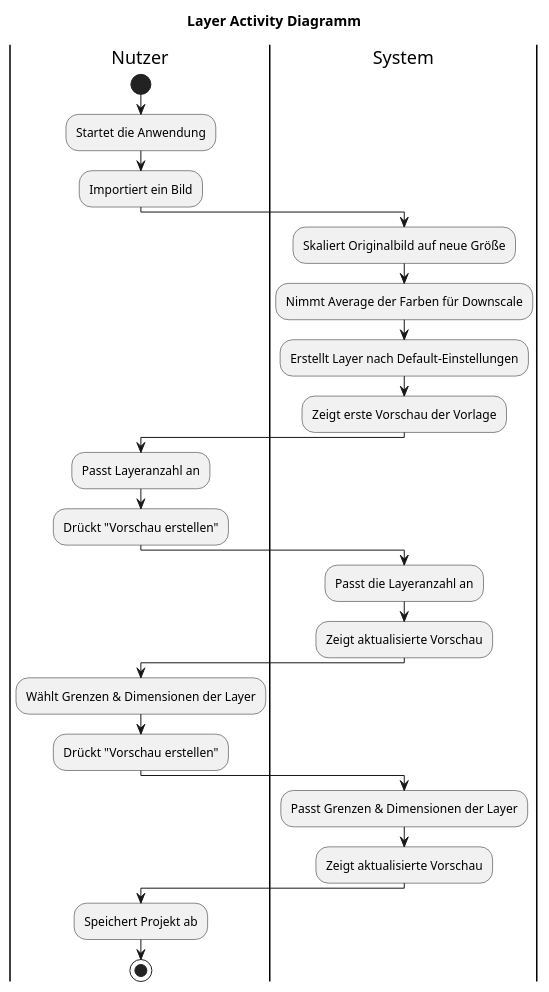
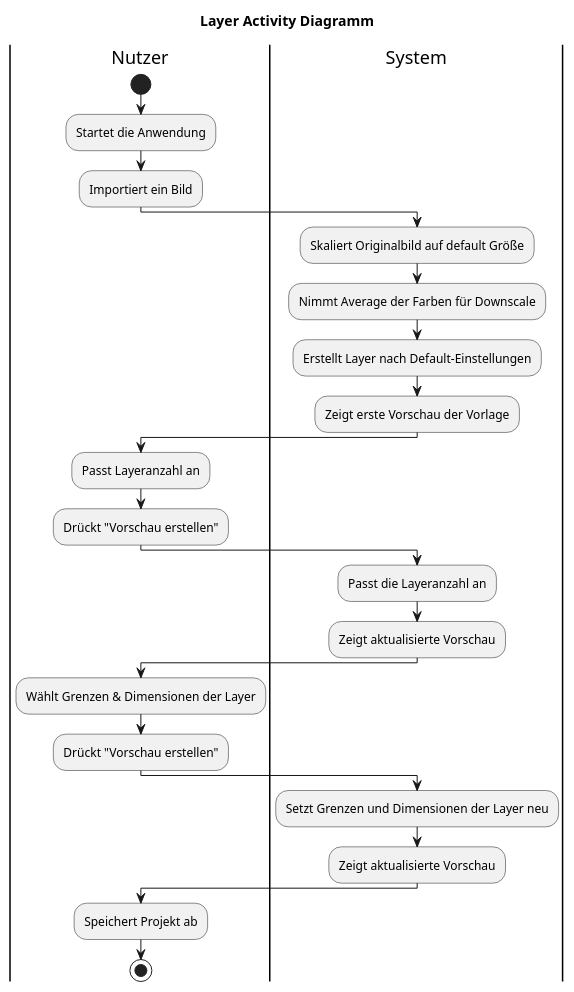
The diagram in ActivityDiaBildvorschau.puml (Karma-chocolate/SWE-Labor), drawn with PlantUML before and after one commit.

```diff
--- a/ActivityDiaBildvorschau.puml
+++ b/ActivityDiaBildvorschau.puml
@@ -1,34 +1,34 @@
 @startuml
 title Layer Activity Diagramm
 
 |Nutzer|
 start
 :Startet die Anwendung;
 :Importiert ein Bild;
 
 |System|
-:Skaliert Originalbild auf neue Größe;
+:Skaliert Originalbild auf default Größe;
 :Nimmt Average der Farben für Downscale;
 :Erstellt Layer nach Default-Einstellungen;
 :Zeigt erste Vorschau der Vorlage;
 
 |Nutzer|
 :Passt Layeranzahl an;
 :Drückt "Vorschau erstellen";
 
 |System|
 :Passt die Layeranzahl an;
 :Zeigt aktualisierte Vorschau;
 
 |Nutzer|
 :Wählt Grenzen & Dimensionen der Layer;
 :Drückt "Vorschau erstellen";
 
 |System|
-:Passt Grenzen & Dimensionen der Layer;
+:Setzt Grenzen und Dimensionen der Layer neu;
 :Zeigt aktualisierte Vorschau;
 
 |Nutzer|
 :Speichert Projekt ab;
 stop
 @enduml 
```
